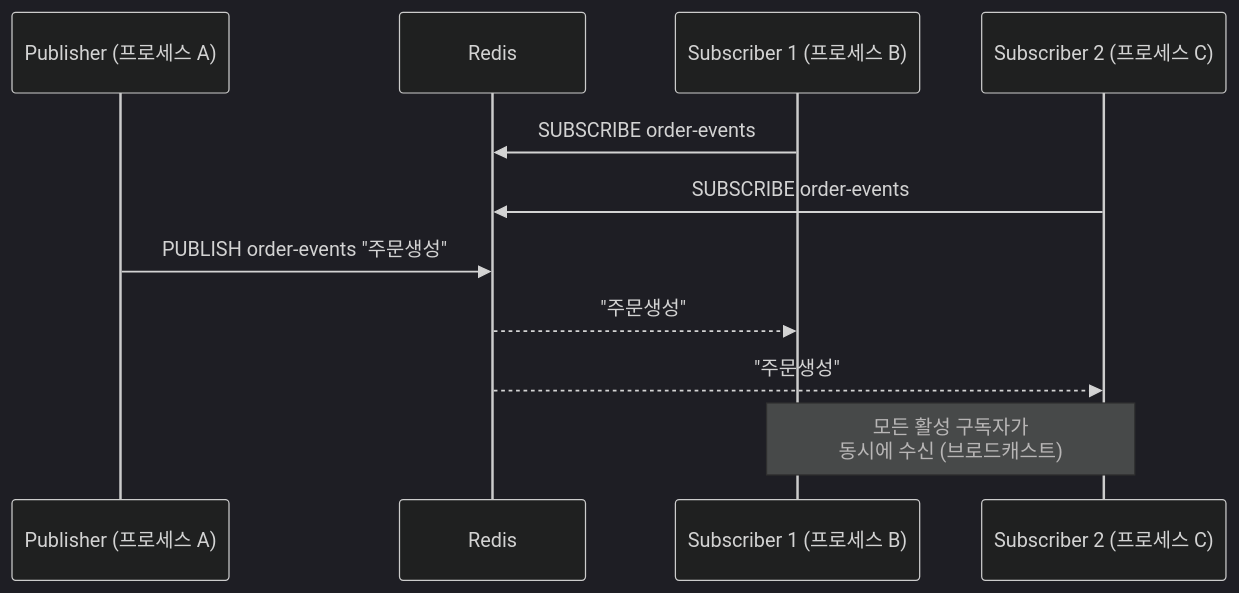
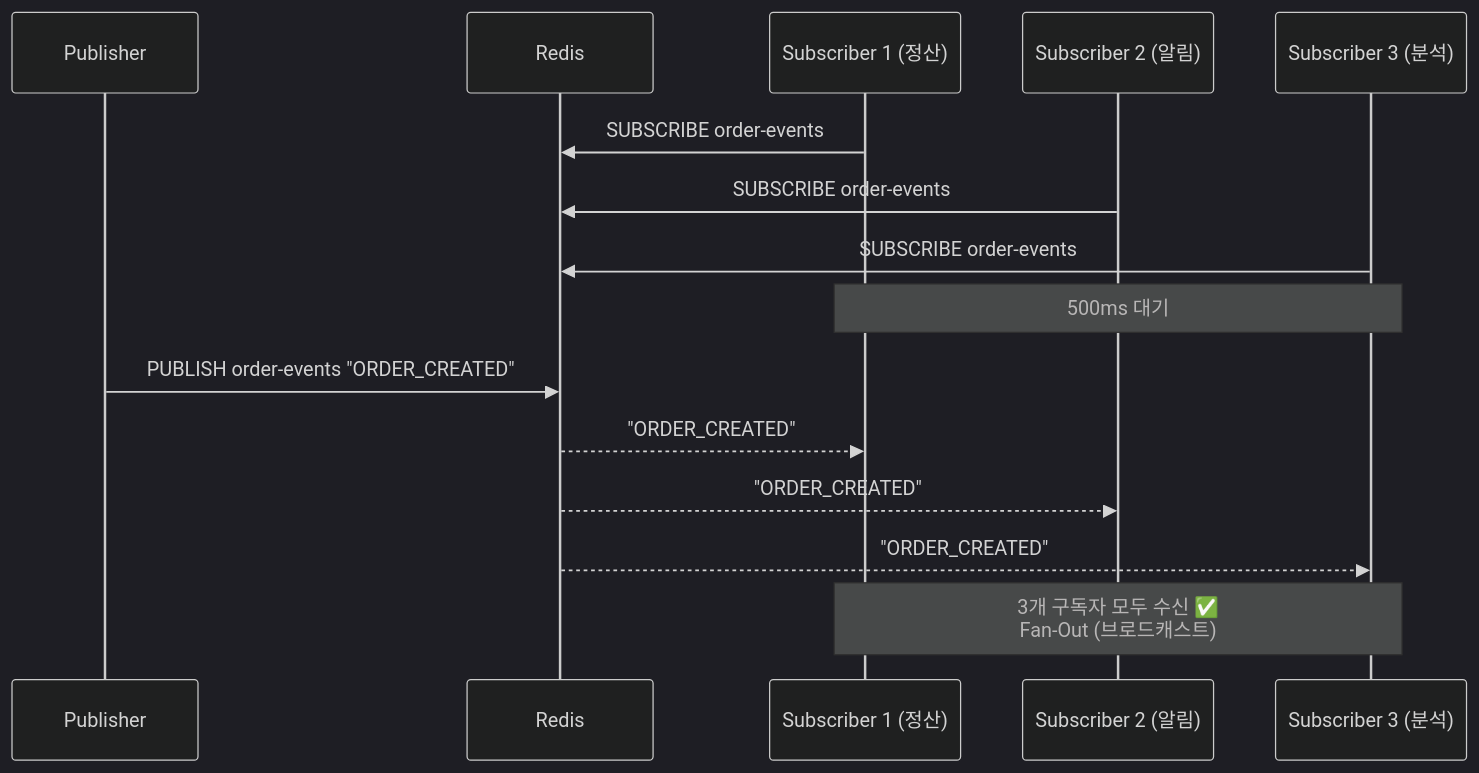
The second of 4 diagrams in src/test/java/com/example/messaging/step4_redis_pubsub/README.md (katiekim17/messaging-lab), drawn with Mermaid (dark theme) before and after one commit. The commit also changed other lines of this file and 6 other files, not shown here.

````diff
--- a/src/test/java/com/example/messaging/step4_redis_pubsub/README.md
+++ b/src/test/java/com/example/messaging/step4_redis_pubsub/README.md
@@ -46,14 +38,20 @@
 ```mermaid
 sequenceDiagram
-    participant Publisher as Publisher (프로세스 A)
-    participant Redis
-    participant Sub1 as Subscriber 1 (프로세스 B)
-    participant Sub2 as Subscriber 2 (프로세스 C)
+    participant Pub as Publisher
+    participant Redis as Redis
+    participant S1 as Subscriber 1 (정산)
+    participant S2 as Subscriber 2 (알림)
+    participant S3 as Subscriber 3 (분석)
 
-    Sub1->>Redis: SUBSCRIBE order-events
-    Sub2->>Redis: SUBSCRIBE order-events
-    Publisher->>Redis: PUBLISH order-events "주문생성"
-    Redis-->>Sub1: "주문생성"
-    Redis-->>Sub2: "주문생성"
-    Note over Sub1,Sub2: 모든 활성 구독자가<br/>동시에 수신 (브로드캐스트)
+    S1->>Redis: SUBSCRIBE order-events
+    S2->>Redis: SUBSCRIBE order-events
+    S3->>Redis: SUBSCRIBE order-events
+    Note over S1,S3: 500ms 대기
+
+    Pub->>Redis: PUBLISH order-events "ORDER_CREATED"
+    Redis-->>S1: "ORDER_CREATED"
+    Redis-->>S2: "ORDER_CREATED"
+    Redis-->>S3: "ORDER_CREATED"
+
+    Note over S1,S3: 3개 구독자 모두 수신 ✅<br/>Fan-Out (브로드캐스트)
 ```
````
